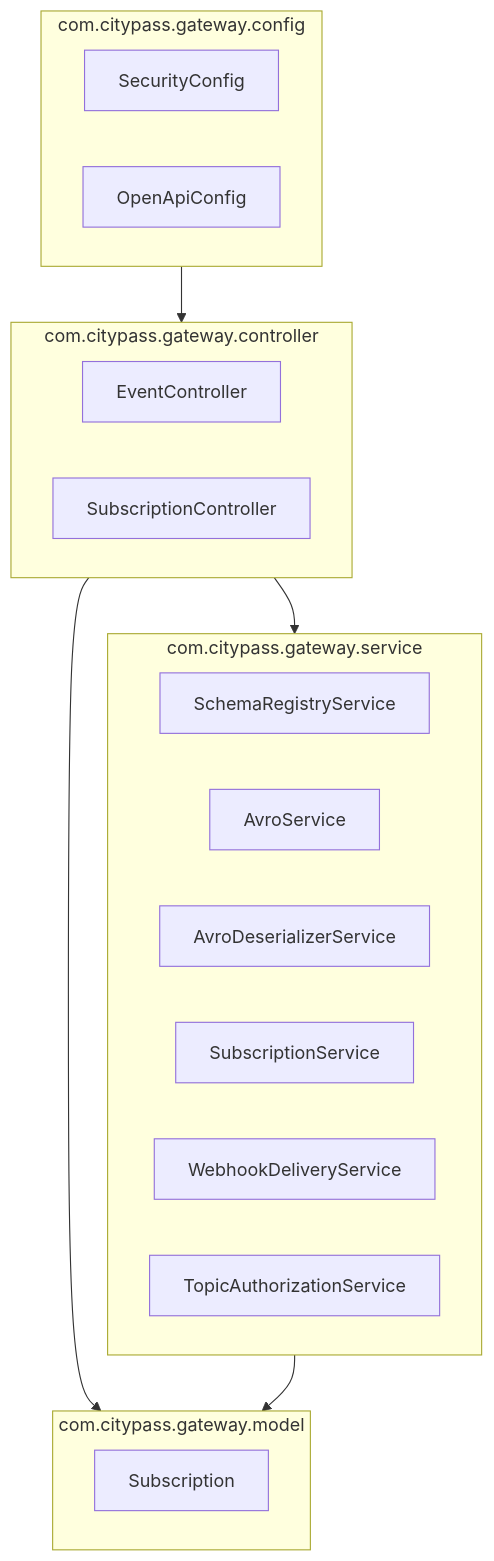
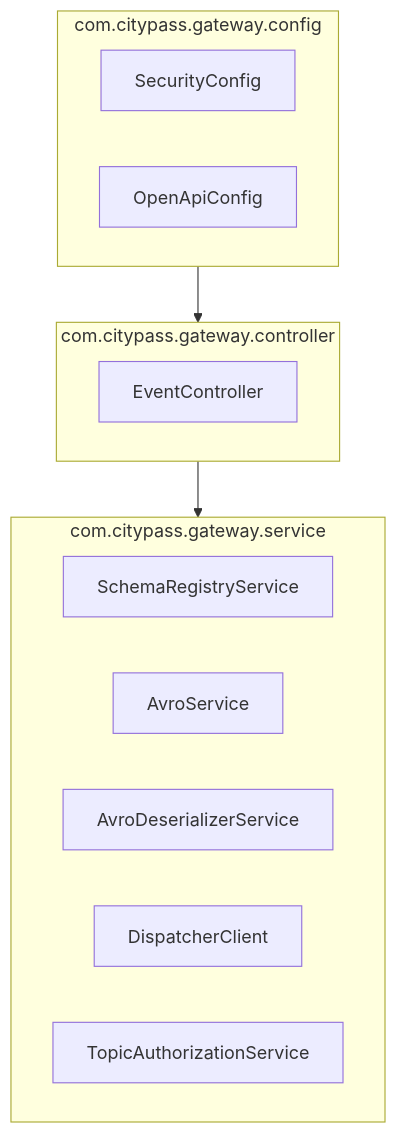
One commit to carlos-illobre/citypass-event-gateway changed the second of 2 diagrams in docs/diagrams/clases-event-gateway.md. Above: the diagram before and after it, drawn with Mermaid. The commit also changed other lines of this file and 111 other files, not shown here.

````diff
--- a/docs/diagrams/clases-event-gateway.md
+++ b/docs/diagrams/clases-event-gateway.md
@@ -110,30 +92,22 @@
 ```mermaid
 graph TD
     subgraph controller["com.citypass.gateway.controller"]
         EC[EventController]
-        SC[SubscriptionController]
     end
 
     subgraph service["com.citypass.gateway.service"]
         SRS[SchemaRegistryService]
         AS[AvroService]
         ADS[AvroDeserializerService]
-        SS[SubscriptionService]
-        WDS[WebhookDeliveryService]
+        DC[DispatcherClient]
         TAS[TopicAuthorizationService]
     end
 
     subgraph config["com.citypass.gateway.config"]
         SEC[SecurityConfig]
         OAC[OpenApiConfig]
     end
 
-    subgraph model["com.citypass.gateway.model"]
-        SUB[Subscription]
-    end
-
     controller --> service
-    controller --> model
-    service --> model
     config --> controller
 ```
````
